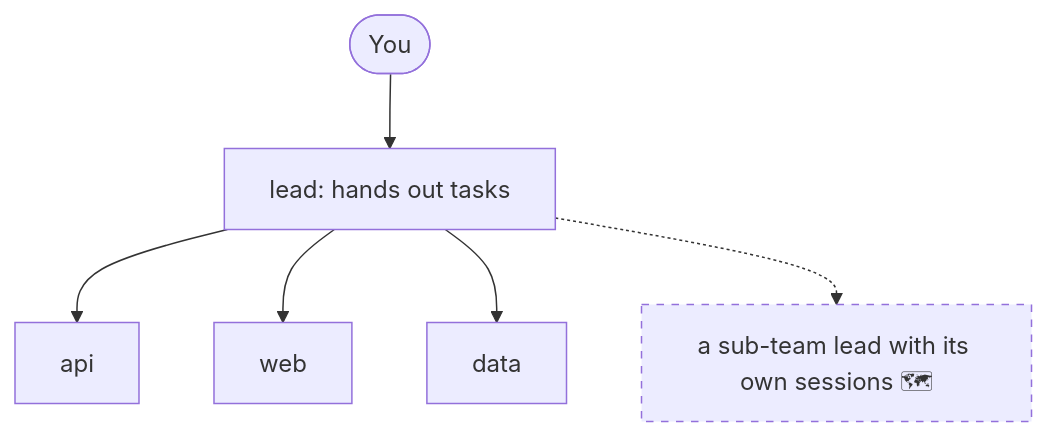
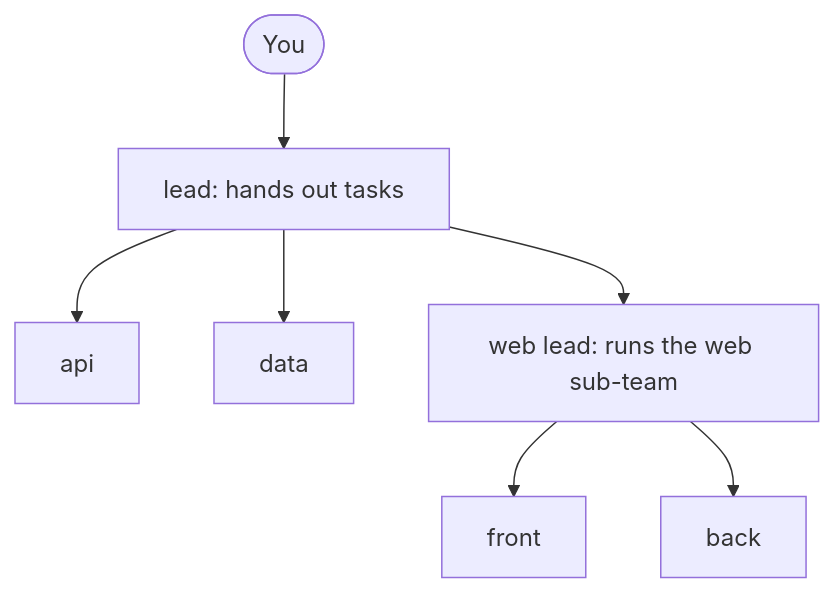
One commit to GeneralA6/teamrig changed the second of 9 diagrams in docs/how-it-works.md. Above: the diagram before and after it, drawn with Mermaid. The commit also changed other lines of this file, not shown here.

````diff
--- a/docs/how-it-works.md
+++ b/docs/how-it-works.md
@@ -60,16 +61,16 @@
 ```mermaid
 flowchart TB
   you(["You"])
   lead["lead: hands out tasks"]
   api["api"]
-  web["web"]
   data["data"]
-  sub["a sub-team lead with its own sessions 🗺"]
+  sub["web lead: runs the web sub-team"]
+  front["front"]
+  back["back"]
   you --> lead
   lead --> api
-  lead --> web
   lead --> data
-  lead -.-> sub
-  classDef planned stroke-dasharray: 5 5
-  class sub planned
+  lead --> sub
+  sub --> front
+  sub --> back
 ```
````
